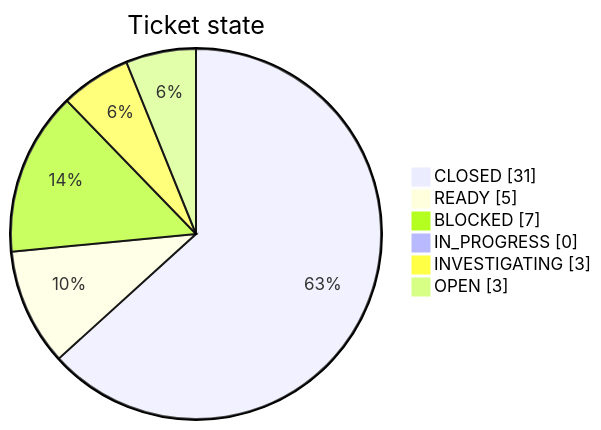
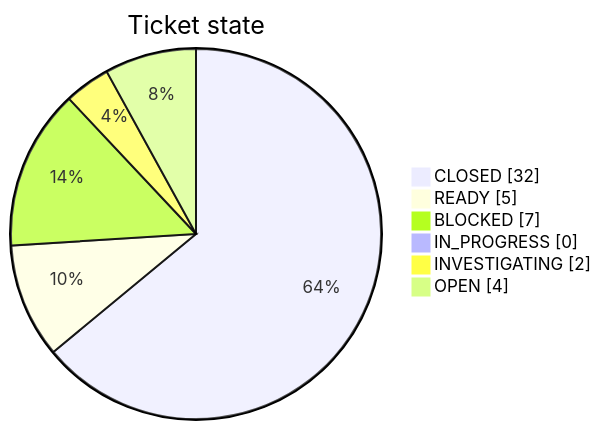
The first of 2 diagrams in docs/restoration/ISSUE_LEDGER.md (TECHSCHOLAR777/SINGLE-CHANNEL-SPEECH-SEPARATION-PROJECT), drawn with Mermaid before and after one commit. The commit also changed other lines of this file and 1 other file, not shown here.

````diff
--- a/docs/restoration/ISSUE_LEDGER.md
+++ b/docs/restoration/ISSUE_LEDGER.md
@@ -91,10 +92,10 @@
 ```mermaid
 pie showData
     title Ticket state
-    "CLOSED" : 31
+    "CLOSED" : 32
     "READY" : 5
     "BLOCKED" : 7
     "IN_PROGRESS" : 0
-    "INVESTIGATING" : 3
-    "OPEN" : 3
+    "INVESTIGATING" : 2
+    "OPEN" : 4
 ```
````
